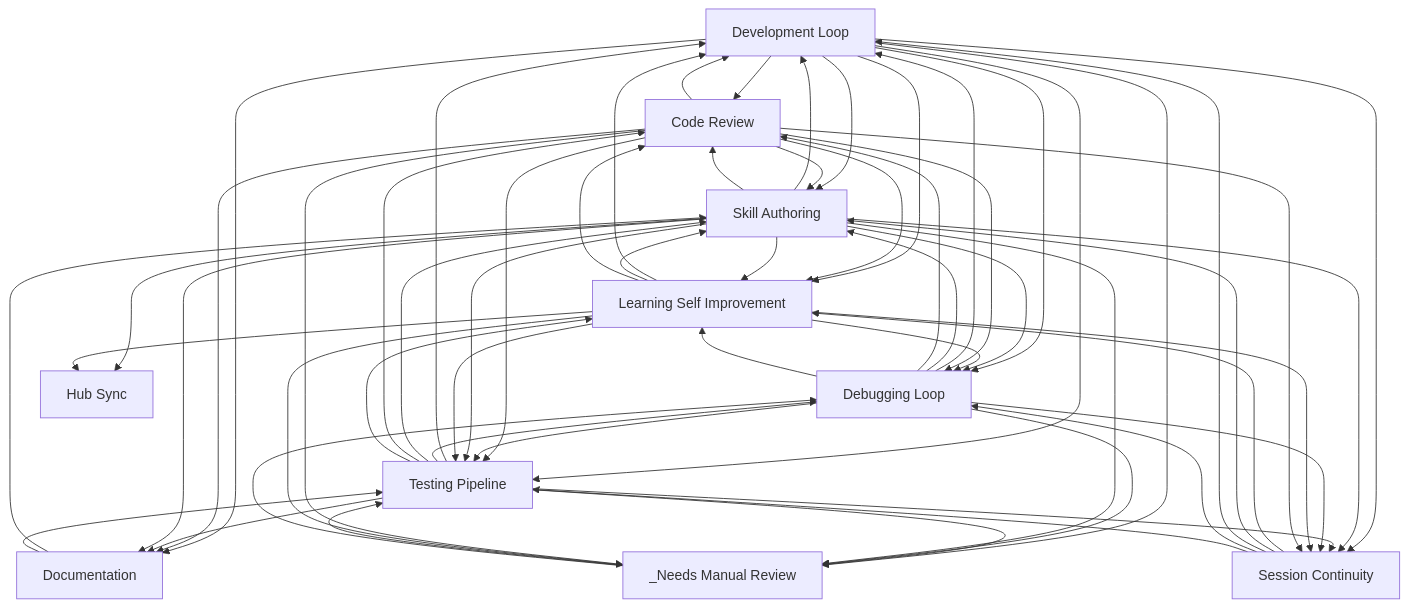
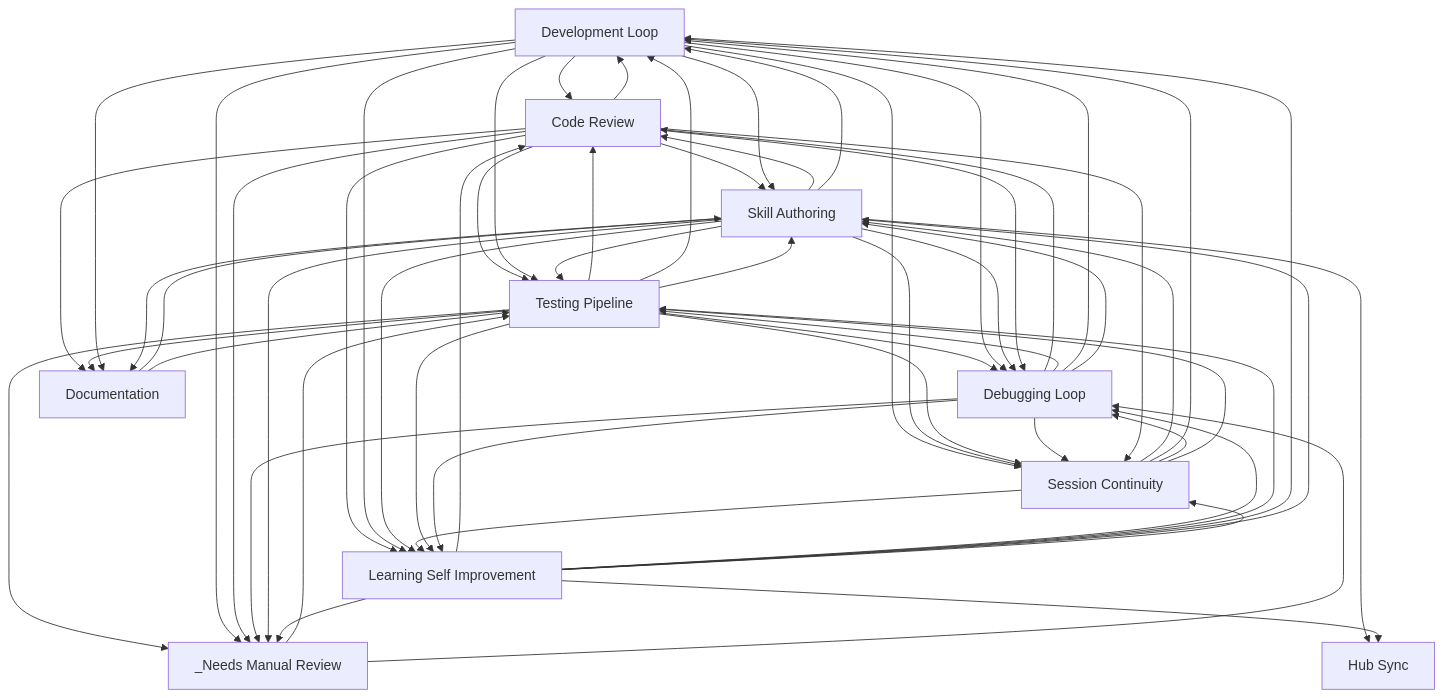
The diagram in docs/workflows/INDEX.md (abhayla/claude-best-practices), drawn with Mermaid before and after one commit. The commit also changed other lines of this file and 12 other files, not shown here.

````diff
--- a/docs/workflows/INDEX.md
+++ b/docs/workflows/INDEX.md
@@ -22,70 +22,70 @@
 ```mermaid
 graph TD
     development_loop[Development Loop]
     testing_pipeline[Testing Pipeline]
     debugging_loop[Debugging Loop]
     learning_self_improvement[Learning Self Improvement]
     session_continuity[Session Continuity]
     skill_authoring[Skill Authoring]
     code_review[Code Review]
     documentation[Documentation]
     hub_sync[Hub Sync]
     _needs_manual_review[_Needs Manual Review]
     documentation --> skill_authoring
     documentation --> testing_pipeline
+    code_review --> skill_authoring
+    code_review --> development_loop
     development_loop --> code_review
     development_loop --> skill_authoring
-    code_review --> development_loop
-    code_review --> skill_authoring
+    code_review --> testing_pipeline
+    code_review --> learning_self_improvement
+    development_loop --> testing_pipeline
     development_loop --> learning_self_improvement
-    development_loop --> testing_pipeline
-    code_review --> learning_self_improvement
-    code_review --> testing_pipeline
+    testing_pipeline --> code_review
+    testing_pipeline --> debugging_loop
     testing_pipeline --> development_loop
-    testing_pipeline --> debugging_loop
     testing_pipeline --> skill_authoring
-    testing_pipeline --> code_review
+    debugging_loop --> code_review
+    debugging_loop --> testing_pipeline
     debugging_loop --> development_loop
-    debugging_loop --> testing_pipeline
     debugging_loop --> skill_authoring
-    debugging_loop --> code_review
     development_loop --> debugging_loop
+    skill_authoring --> code_review
     skill_authoring --> development_loop
-    skill_authoring --> code_review
+    skill_authoring --> testing_pipeline
     skill_authoring --> learning_self_improvement
-    skill_authoring --> testing_pipeline
+    testing_pipeline --> _needs_manual_review
     development_loop --> _needs_manual_review
-    testing_pipeline --> _needs_manual_review
-    development_loop --> documentation
     code_review --> documentation
     testing_pipeline --> documentation
+    development_loop --> documentation
+    session_continuity --> learning_self_improvement
     development_loop --> session_continuity
-    session_continuity --> learning_self_improvement
     _needs_manual_review --> testing_pipeline
     skill_authoring --> session_continuity
     testing_pipeline --> session_continuity
     debugging_loop --> session_continuity
     skill_authoring --> debugging_loop
     _needs_manual_review --> debugging_loop
     testing_pipeline --> learning_self_improvement
     debugging_loop --> learning_self_improvement
-    learning_self_improvement --> development_loop
+    learning_self_improvement --> code_review
     learning_self_improvement --> debugging_loop
     learning_self_improvement --> testing_pipeline
+    learning_self_improvement --> development_loop
     learning_self_improvement --> skill_authoring
-    learning_self_improvement --> code_review
     code_review --> debugging_loop
+    code_review --> _needs_manual_review
     debugging_loop --> _needs_manual_review
     skill_authoring --> _needs_manual_review
-    code_review --> _needs_manual_review
+    code_review --> session_continuity
     learning_self_improvement --> session_continuity
-    code_review --> session_continuity
     session_continuity --> skill_authoring
     session_continuity --> development_loop
     session_continuity --> debugging_loop
     session_continuity --> testing_pipeline
     skill_authoring --> hub_sync
     learning_self_improvement --> hub_sync
     learning_self_improvement --> _needs_manual_review
     skill_authoring --> documentation
 ```
````
